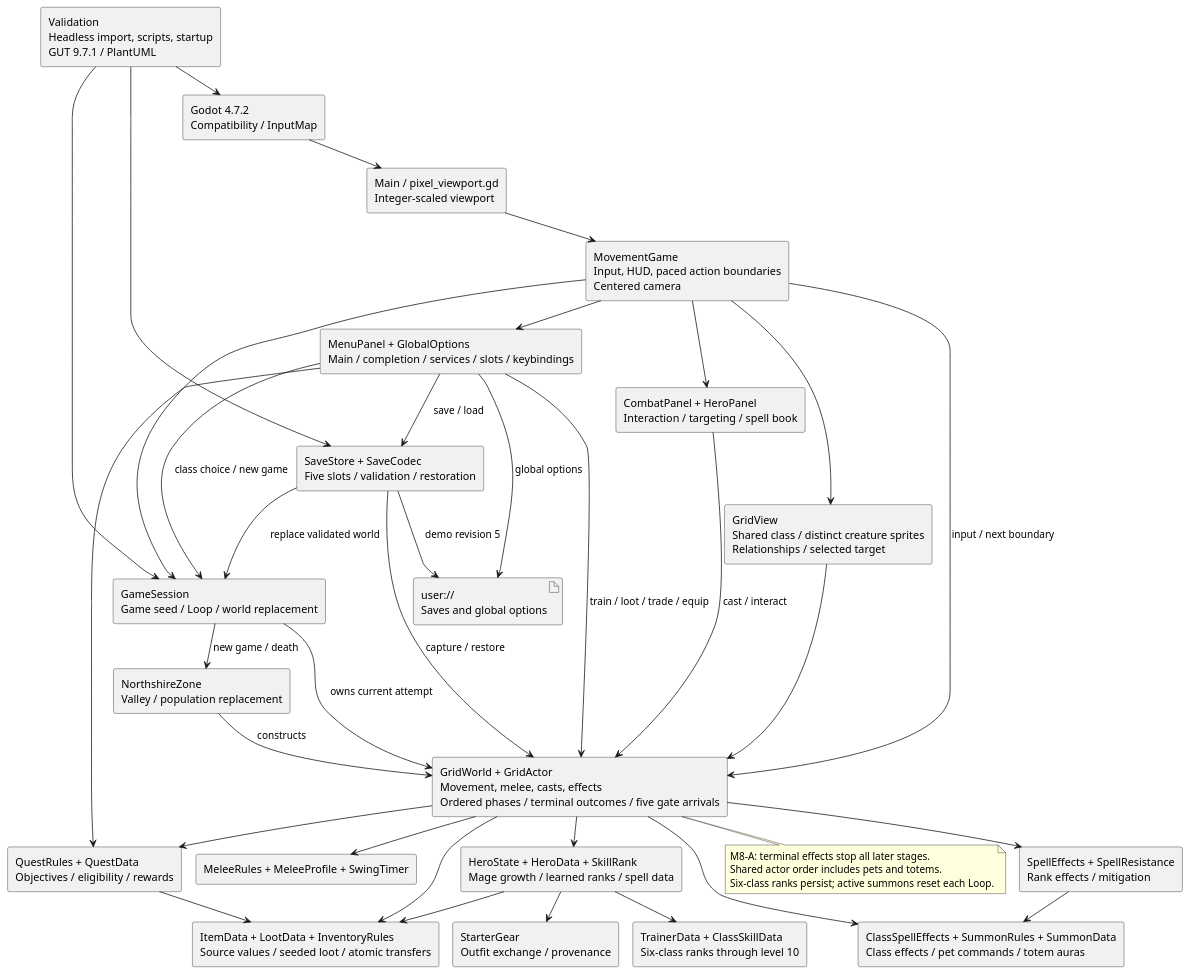
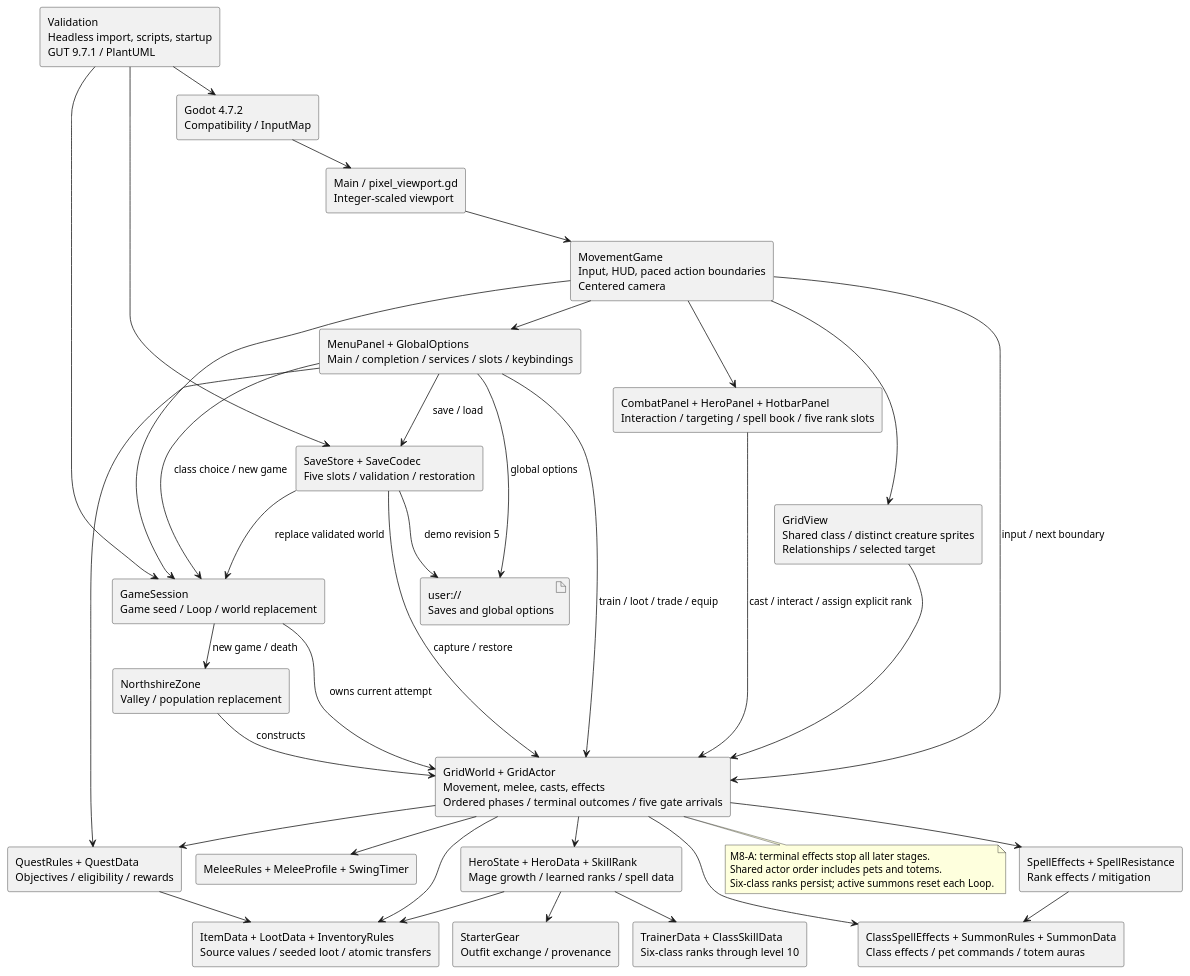
One commit to VHonzik/Ostinato changed the diagram in docs/architecture/components.puml. Above: the diagram before and after it, drawn with PlantUML. The commit also changed 18 other files, not shown here.

Commit message:
Implement M8-C five usable hotbar slots (#20)

```diff
--- a/docs/architecture/components.puml
+++ b/docs/architecture/components.puml
@@ -1,64 +1,64 @@
 @startuml
 !pragma layout smetana
 skinparam componentStyle rectangle
 skinparam shadowing false
 component "Godot 4.7.2\nCompatibility / InputMap" as Godot
 component "Main / pixel_viewport.gd\nInteger-scaled viewport" as Main
 component "MovementGame\nInput, HUD, paced action boundaries\nCentered camera" as Game
 component "GameSession\nGame seed / Loop / world replacement" as Session
 component "GridWorld + GridActor\nMovement, melee, casts, effects\nOrdered phases / terminal outcomes / five gate arrivals" as World
 component "NorthshireZone\nValley / population replacement" as Fixture
 component "QuestRules + QuestData\nObjectives / eligibility / rewards" as Quests
 component "HeroState + HeroData + SkillRank\nMage growth / learned ranks / spell data" as Hero
 component "StarterGear\nOutfit exchange / provenance" as Gear
 component "MeleeRules + MeleeProfile + SwingTimer" as Combat
 component "SpellEffects + SpellResistance\nRank effects / mitigation" as Spells
 component "TrainerData + ClassSkillData\nSix-class ranks through level 10" as Training
 component "ClassSpellEffects + SummonRules + SummonData\nClass effects / pet commands / totem auras" as Summons
 component "ItemData + LootData + InventoryRules\nSource values / seeded loot / atomic transfers" as Items
-component "CombatPanel + HeroPanel\nInteraction / targeting / spell book" as Panels
+component "CombatPanel + HeroPanel + HotbarPanel\nInteraction / targeting / spell book / five rank slots" as Panels
 component "MenuPanel + GlobalOptions\nMain / completion / services / slots / keybindings" as Menu
 component "SaveStore + SaveCodec\nFive slots / validation / restoration" as Saves
 component "GridView\nShared class / distinct creature sprites\nRelationships / selected target" as View
 component "Validation\nHeadless import, scripts, startup\nGUT 9.7.1 / PlantUML" as Tests
 artifact "user://\nSaves and global options" as Files
 Godot --> Main
 Main --> Game
 Game --> Session
 Session --> Fixture : new game / death
 Fixture --> World : constructs
 Session --> World : owns current attempt
 Game --> World : input / next boundary
 World --> Hero
 Hero --> Gear
 World --> Combat
 World --> Spells
 World --> Summons
 Spells --> Summons
 World --> Items
 World --> Quests
 Menu --> Quests
 Quests --> Items
 Hero --> Items
 Hero --> Training
 Menu --> World : train / loot / trade / equip
 Game --> Panels
-Panels --> World : cast / interact
+Panels --> World : cast / interact / assign explicit rank
 Game --> Menu
 Menu --> Session : class choice / new game
 Menu --> Saves : save / load
 Saves --> Session : replace validated world
 Saves --> World : capture / restore
 Menu --> Files : global options
 Saves --> Files : demo revision 5
 Game --> View
 View --> World
 Tests --> Godot
 Tests --> Session
 Tests --> Saves
 note bottom of World
 M8-A: terminal effects stop all later stages.
 Shared actor order includes pets and totems.
 Six-class ranks persist; active summons reset each Loop.
 end note
 @enduml
```
